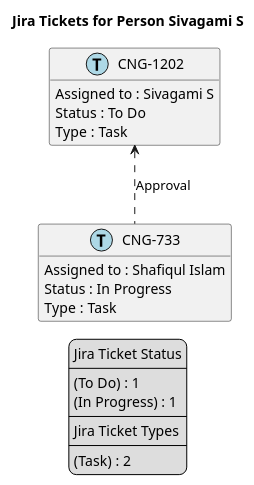
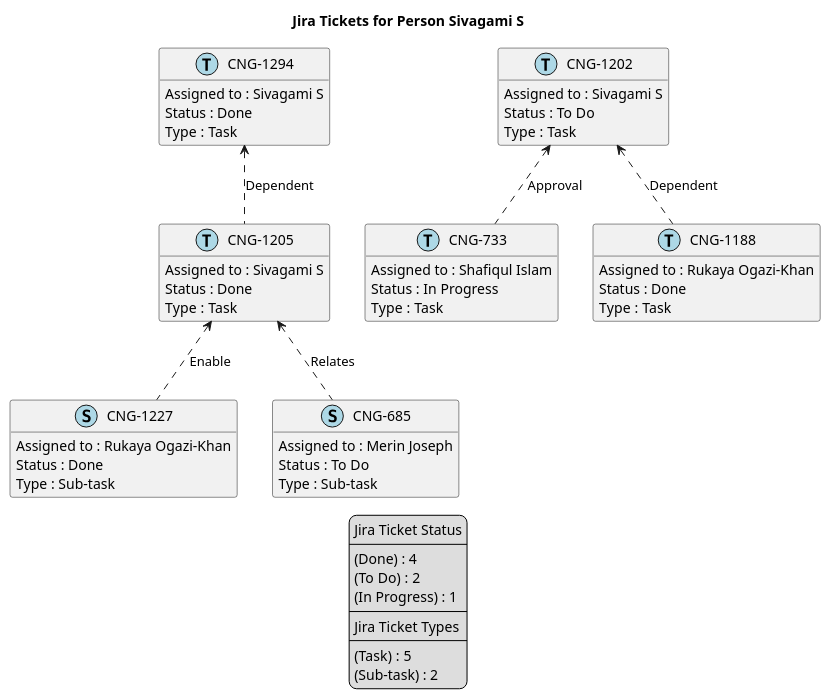
One commit to brunasti/jiraplotter changed the diagram in temp/jira-Person-Sivagami_S.puml. Above: the diagram before and after it, drawn with PlantUML. The commit also changed 175 other files, not shown here.

Commit message:
Regenerates all diagrams

```diff
--- a/temp/jira-Person-Sivagami_S.puml
+++ b/temp/jira-Person-Sivagami_S.puml
@@ -1,41 +1,77 @@
 @startuml
 'https://plantuml.com/class-diagram
 
 ' GENERATE CLASS DIAGRAM ===========
-' Generated at    : Thu Apr 18 11:01:10 CEST 2024
+' Generated at    : Thu Apr 18 11:50:48 CEST 2024
 
 title Jira Tickets for Person Sivagami S
 hide empty members
 
 legend
 Jira Ticket Status
 ----
-(To Do) : 1
+(Done) : 4
+(To Do) : 2
 (In Progress) : 1
 ----
 Jira Ticket Types
 ----
-(Task) : 2
+(Task) : 5
+(Sub-task) : 2
 end legend
 
 
 ' Tickets =======
+class "CNG-1294" << (T,lightblue) >> {
+  Assigned to : Sivagami S
+  Status : Done
+  Type : Task
+}
+
+class "CNG-1205" << (T,lightblue) >> {
+  Assigned to : Sivagami S
+  Status : Done
+  Type : Task
+}
+
+class "CNG-1227" << (S,lightblue) >> {
+  Assigned to : Rukaya Ogazi-Khan
+  Status : Done
+  Type : Sub-task
+}
+
 class "CNG-1202" << (T,lightblue) >> {
   Assigned to : Sivagami S
   Status : To Do
   Type : Task
+}
+
+class "CNG-685" << (S,lightblue) >> {
+  Assigned to : Merin Joseph
+  Status : To Do
+  Type : Sub-task
 }
 
 class "CNG-733" << (T,lightblue) >> {
   Assigned to : Shafiqul Islam
   Status : In Progress
   Type : Task
 }
 
+class "CNG-1188" << (T,lightblue) >> {
+  Assigned to : Rukaya Ogazi-Khan
+  Status : Done
+  Type : Task
+}
+
 
 
 ' Links =======
+"CNG-1205" <.. "CNG-1227" : Enable
+"CNG-1205" <.. "CNG-685" : Relates
 "CNG-1202" <.. "CNG-733" : Approval
+"CNG-1202" <.. "CNG-1188" : Dependent
+"CNG-1294" <.. "CNG-1205" : Dependent
 
 
 @enduml
```
